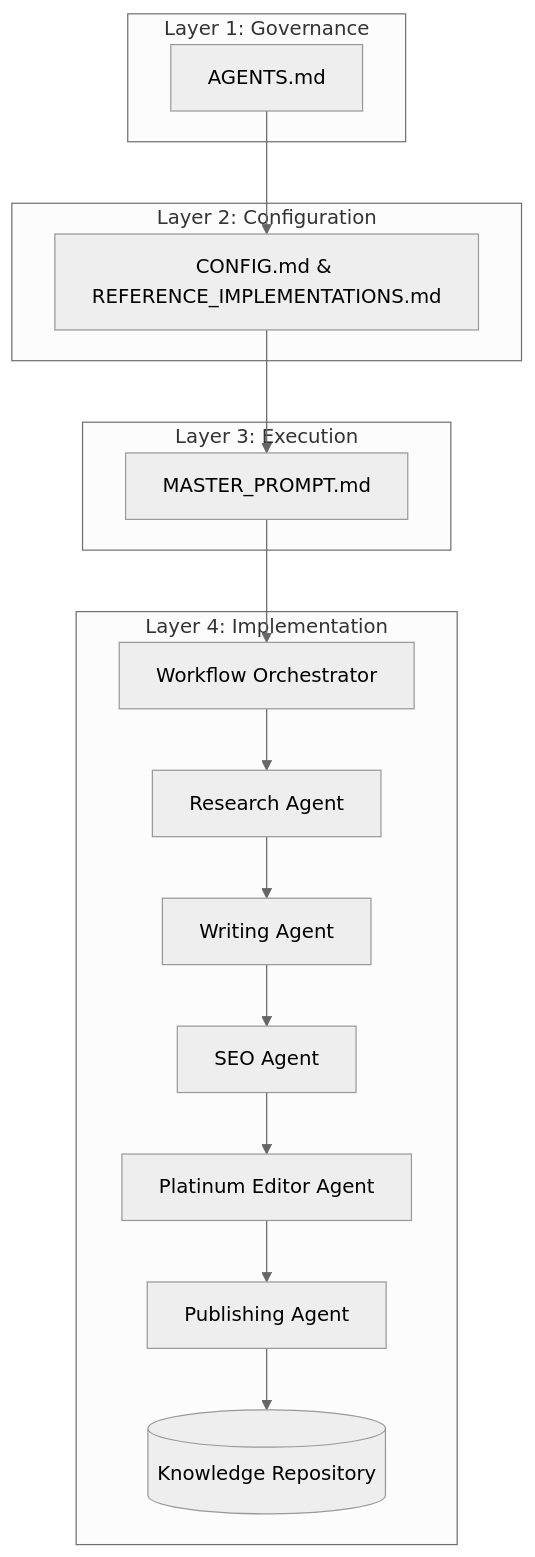
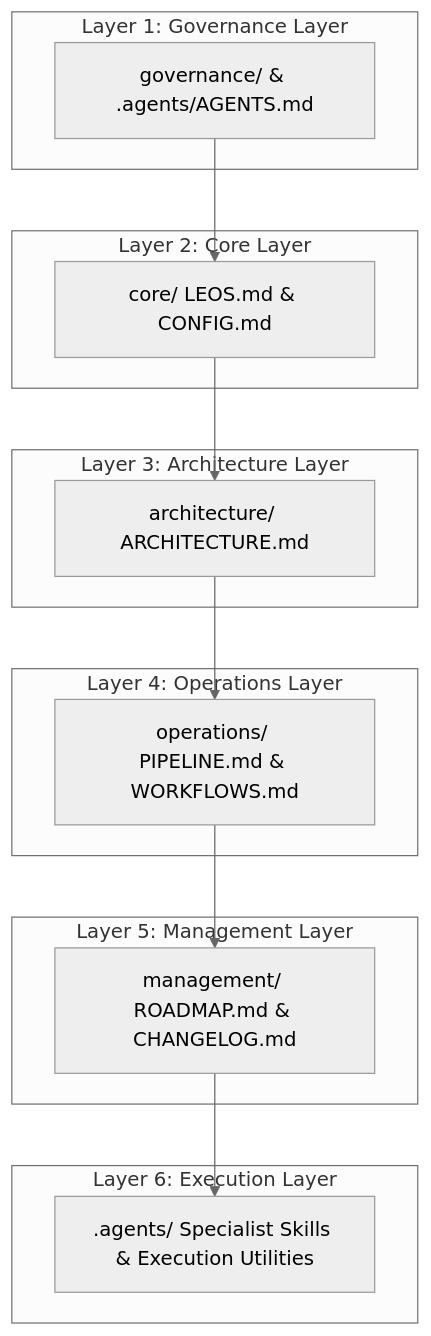
The diagram in LEOS/architecture/ARCHITECTURE.md (uikeysunil-pixel/lochitra-magazine), drawn with Mermaid (neutral theme) before and after one commit. The commit also changed other lines of this file, not shown here.

Commit message:
docs(leos): modernize and freeze Architecture Specification v1.0.1

````diff
--- a/LEOS/architecture/ARCHITECTURE.md
+++ b/LEOS/architecture/ARCHITECTURE.md
@@ -7,34 +43,32 @@
 ```mermaid
 graph TD
-    subgraph Layer 1: Governance
-    G[AGENTS.md]
+    subgraph Layer 1: Governance Layer
+    G[governance/ & .agents/AGENTS.md]
     end
 
-    subgraph Layer 2: Configuration
-    C[CONFIG.md & REFERENCE_IMPLEMENTATIONS.md]
+    subgraph Layer 2: Core Layer
+    C[core/ LEOS.md & CONFIG.md]
     end
 
-    subgraph Layer 3: Execution
-    M[MASTER_PROMPT.md]
+    subgraph Layer 3: Architecture Layer
+    A[architecture/ ARCHITECTURE.md]
     end
 
-    subgraph Layer 4: Implementation
-    O[Workflow Orchestrator]
-    R[Research Agent]
-    W[Writing Agent]
-    S[SEO Agent]
-    E[Platinum Editor Agent]
-    P[Publishing Agent]
-    K[(Knowledge Repository)]
+    subgraph Layer 4: Operations Layer
+    O[operations/ PIPELINE.md & WORKFLOWS.md]
+    end
+
+    subgraph Layer 5: Management Layer
+    M[management/ ROADMAP.md & CHANGELOG.md]
+    end
+
+    subgraph Layer 6: Execution Layer
+    E[.agents/ Specialist Skills & Execution Utilities]
     end
 
     G --> C
-    C --> M
-    M --> O
-    O --> R
-    R --> W
-    W --> S
-    S --> E
-    E --> P
-    P --> K
+    C --> A
+    A --> O
+    O --> M
+    M --> E
 ```
````
